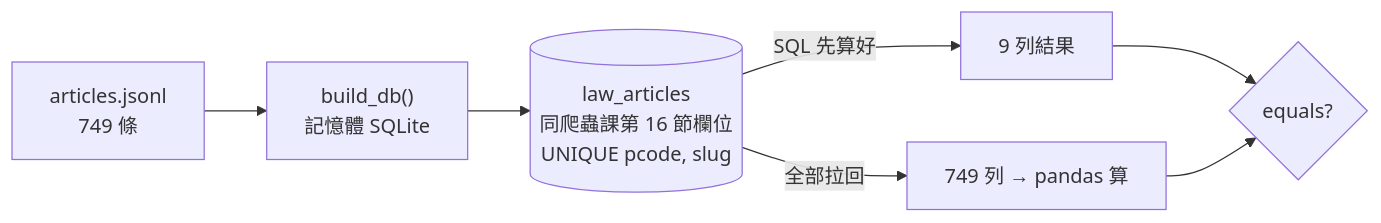
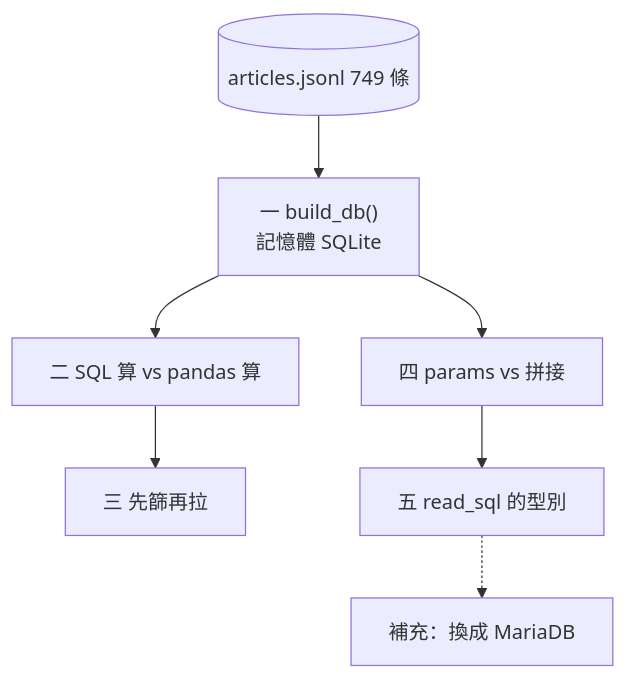
One commit to 4-learn/data-analysis-and-process-demo changed the first of 14 diagrams in 2026/04-sql-or-pandas.md. Above: the diagram before and after it, drawn with Mermaid. The commit also changed other lines of this file and 39 other files, not shown here.

Commit message:
[pm] docs: 18 節改為「每段一張圖」：程式切成小段，每段附位置圖與步驟圖

````diff
--- a/2026/04-sql-or-pandas.md
+++ b/2026/04-sql-or-pandas.md
@@ -37,9 +24,7 @@
 ```mermaid
-flowchart LR
-    J["articles.jsonl<br/>749 條"] --> B["build_db()<br/>記憶體 SQLite"]
-    B --> T[("law_articles<br/>同爬蟲課第 16 節欄位<br/>UNIQUE pcode, slug")]
-    T -- "SQL 先算好" --> S["9 列結果"]
-    T -- "全部拉回" --> P["749 列 → pandas 算"]
-    S --> E{"equals?"}
-    P --> E
+flowchart TD
+    J[("articles.jsonl 749 條")] --> B["一 build_db()<br/>記憶體 SQLite"]
+    B --> S1["二 SQL 算 vs pandas 算"] --> S2["三 先篩再拉"]
+    B --> S3["四 params vs 拼接"] --> S4["五 read_sql 的型別"]
+    S4 -.-> M["補充：換成 MariaDB"]
 ```
````
